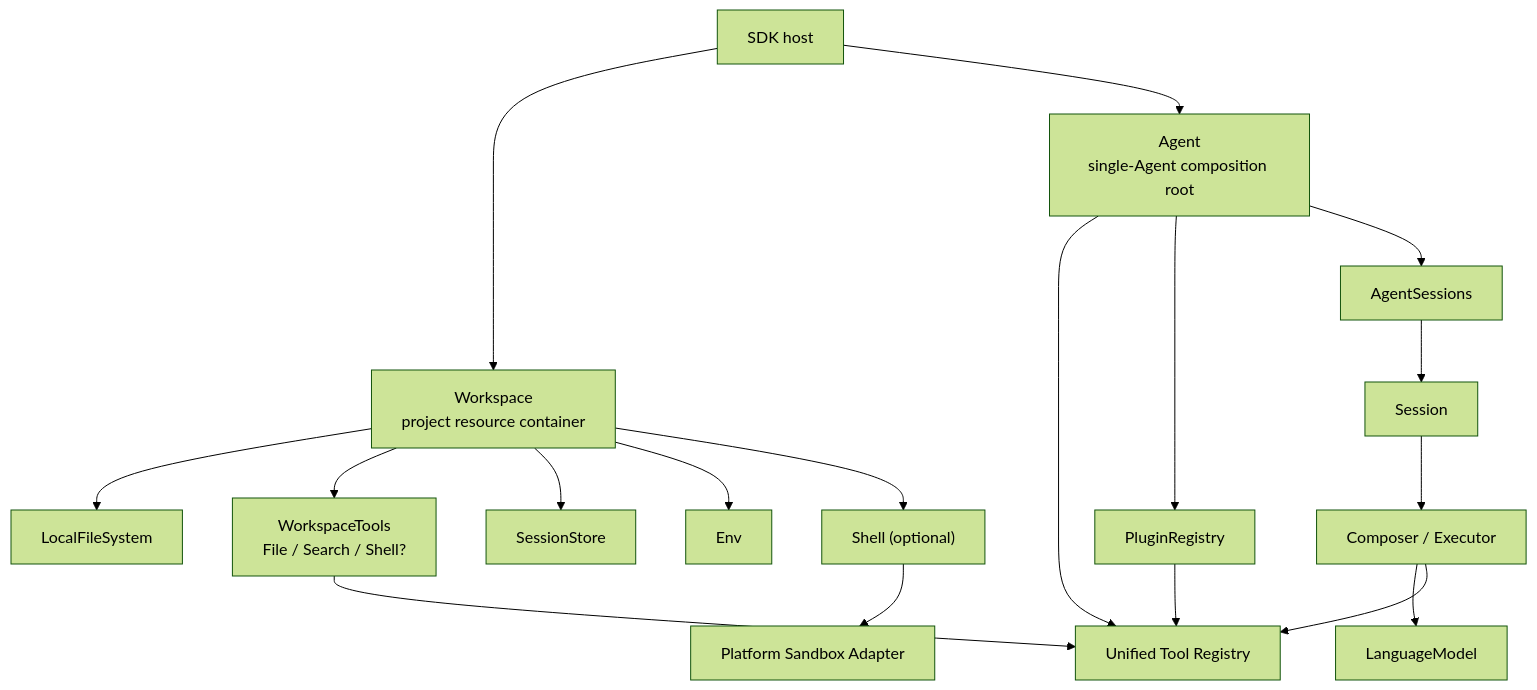
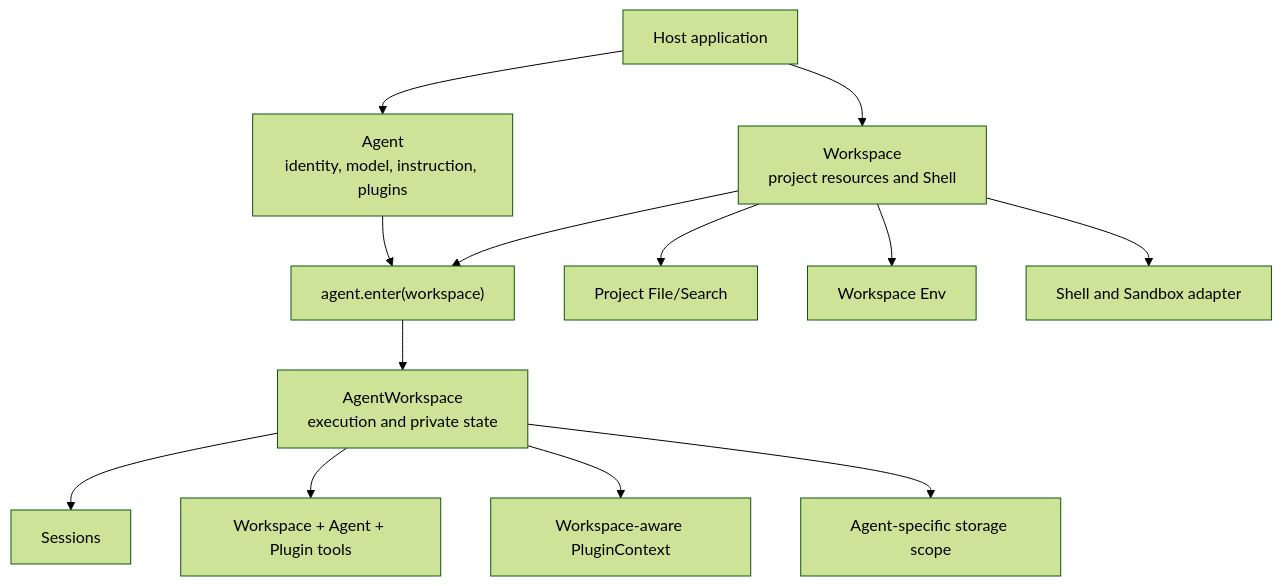
One commit to genesiscosmos/downcity changed the first of 2 diagrams in homepage/content/docs/en/agent/sdk-architecture.mdx. Above: the diagram before and after it, drawn with Mermaid (forest theme). The commit also changed other lines of this file and 322 other files, not shown here.

Commit message:
refactor(workspace): extract workspace and shell runtime

````diff
--- a/homepage/content/docs/en/agent/sdk-architecture.mdx
+++ b/homepage/content/docs/en/agent/sdk-architecture.mdx
@@ -25,23 +24,15 @@
 ```mermaid
 flowchart TD
-    App["SDK host"] --> Workspace["Workspace<br/>project resource container"]
-    App --> Agent["Agent<br/>single-Agent composition root"]
-
-    Workspace --> Files["LocalFileSystem"]
-    Workspace --> WorkspaceTools["WorkspaceTools<br/>File / Search / Shell?"]
-    Workspace --> Store["SessionStore"]
-    Workspace --> Env["Env"]
-    Workspace --> Shell["Shell (optional)"]
-    Shell --> Sandbox["Platform Sandbox Adapter"]
-
-    Agent --> Tools["Unified Tool Registry"]
-    Agent --> Plugins["PluginRegistry"]
-    Agent --> Sessions["AgentSessions"]
-    Sessions --> Session["Session"]
-    Session --> Executor["Composer / Executor"]
-    Executor --> Model["LanguageModel"]
-    Executor --> Tools
-
-    WorkspaceTools --> Tools
-    Plugins --> Tools
+    Host["Host application"] --> Agent["Agent<br/>identity, model, instruction, plugins"]
+    Host --> Workspace["Workspace<br/>project resources and Shell"]
+    Agent --> Enter["agent.enter(workspace)"]
+    Workspace --> Enter
+    Enter --> AgentWorkspace["AgentWorkspace<br/>execution and private state"]
+    AgentWorkspace --> Sessions["Sessions"]
+    AgentWorkspace --> Tools["Workspace + Agent + Plugin tools"]
+    AgentWorkspace --> Context["Workspace-aware PluginContext"]
+    AgentWorkspace --> Storage["Agent-specific storage scope"]
+    Workspace --> Files["Project File/Search"]
+    Workspace --> Env["Workspace Env"]
+    Workspace --> Shell["Shell and Sandbox adapter"]
 ```
````
